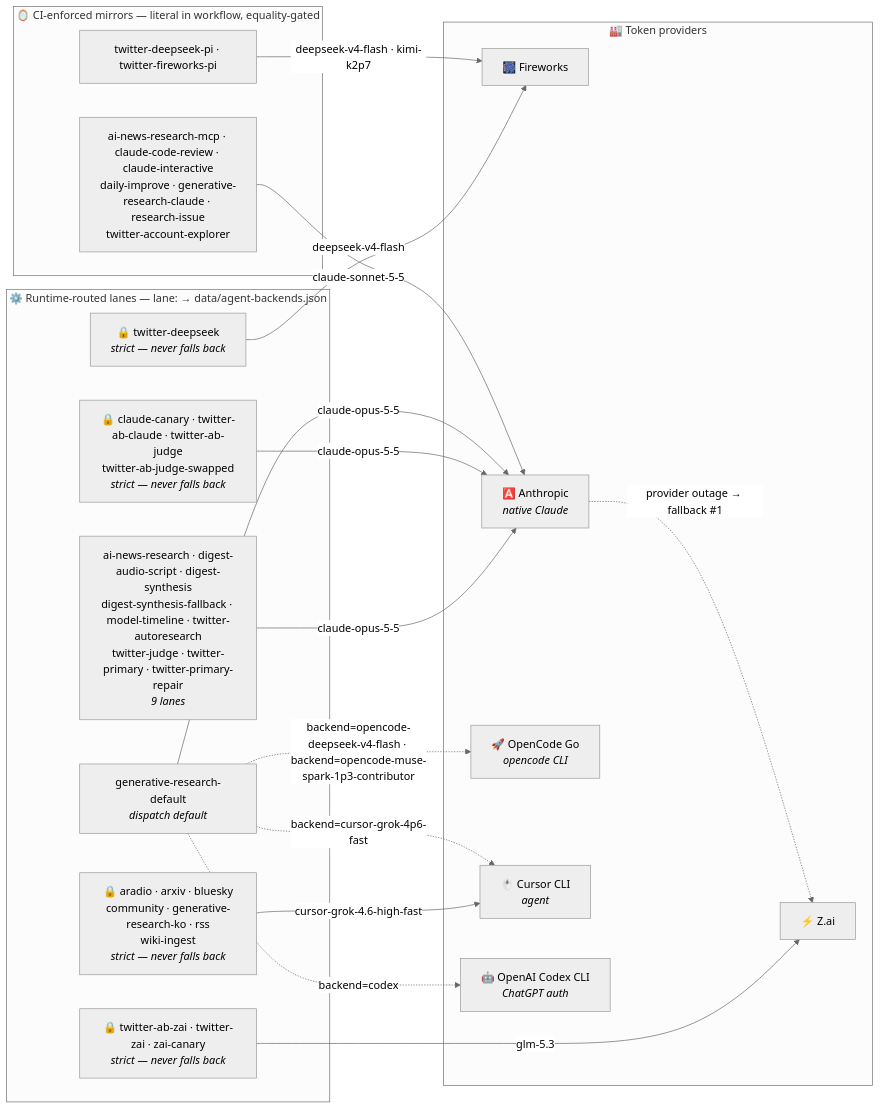
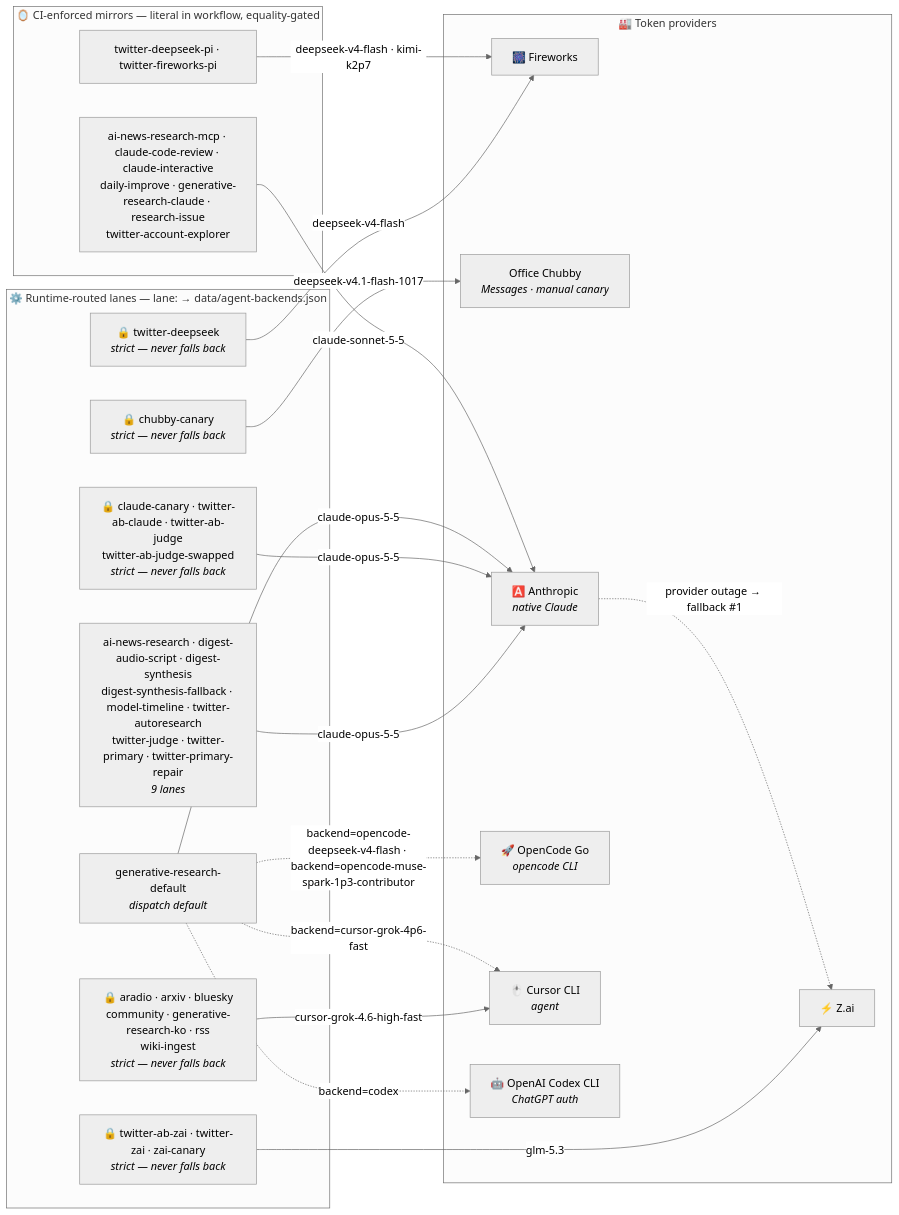
Before and after one commit to guzus/ai-research-arm: the second of 2 diagrams in README.md, drawn with Mermaid (neutral theme). The commit also changed 18 other files, not shown here.

First line of the commit message:
Add opt-in Chubby Messages backend with configurable endpoint (#6550)

````diff
--- a/README.md
+++ b/README.md
@@ -155,35 +155,38 @@
 ```mermaid
 flowchart LR
     subgraph runtime["⚙️ Runtime-routed lanes — lane: → data/agent-backends.json"]
         lanes0["ai-news-research · digest-audio-script · digest-synthesis<br/>digest-synthesis-fallback · model-timeline · twitter-autoresearch<br/>twitter-judge · twitter-primary · twitter-primary-repair<br/><i>9 lanes</i>"]
-        strict0["🔒 claude-canary · twitter-ab-claude · twitter-ab-judge<br/>twitter-ab-judge-swapped<br/><i>strict — never falls back</i>"]
-        strict1["🔒 aradio · arxiv · bluesky<br/>community · generative-research-ko · rss<br/>wiki-ingest<br/><i>strict — never falls back</i>"]
-        strict2["🔒 twitter-deepseek<br/><i>strict — never falls back</i>"]
-        strict3["🔒 twitter-ab-zai · twitter-zai · zai-canary<br/><i>strict — never falls back</i>"]
+        strict0["🔒 chubby-canary<br/><i>strict — never falls back</i>"]
+        strict1["🔒 claude-canary · twitter-ab-claude · twitter-ab-judge<br/>twitter-ab-judge-swapped<br/><i>strict — never falls back</i>"]
+        strict2["🔒 aradio · arxiv · bluesky<br/>community · generative-research-ko · rss<br/>wiki-ingest<br/><i>strict — never falls back</i>"]
+        strict3["🔒 twitter-deepseek<br/><i>strict — never falls back</i>"]
+        strict4["🔒 twitter-ab-zai · twitter-zai · zai-canary<br/><i>strict — never falls back</i>"]
         gendef["generative-research-default<br/><i>dispatch default</i>"]
     end
     subgraph mirrors["🪞 CI-enforced mirrors — literal in workflow, equality-gated"]
         pi["twitter-deepseek-pi · twitter-fireworks-pi"]
         native["ai-news-research-mcp · claude-code-review · claude-interactive<br/>daily-improve · generative-research-claude · research-issue<br/>twitter-account-explorer"]
     end
     subgraph providers["🏭 Token providers"]
         FW["🎆 Fireworks"]
+        CHUB["Office Chubby<br/><i>Messages · manual canary</i>"]
         ZAI["⚡ Z.ai"]
         ANT["🅰️ Anthropic<br/><i>native Claude</i>"]
         OC["🚀 OpenCode Go<br/><i>opencode CLI</i>"]
         CUR["🖱️ Cursor CLI<br/><i>agent</i>"]
         OAI["🤖 OpenAI Codex CLI<br/><i>ChatGPT auth</i>"]
     end
     lanes0 -->|"claude-opus-5-5"| ANT
-    strict0 -->|"claude-opus-5-5"| ANT
-    strict1 -->|"cursor-grok-4.6-high-fast"| CUR
-    strict2 -->|"deepseek-v4-flash"| FW
-    strict3 -->|"glm-5.3"| ZAI
+    strict0 -->|"deepseek-v4.1-flash-1017"| CHUB
+    strict1 -->|"claude-opus-5-5"| ANT
+    strict2 -->|"cursor-grok-4.6-high-fast"| CUR
+    strict3 -->|"deepseek-v4-flash"| FW
+    strict4 -->|"glm-5.3"| ZAI
     gendef -->|"claude-opus-5-5"| ANT
     pi -->|"deepseek-v4-flash · kimi-k2p7"| FW
     native -->|"claude-sonnet-5-5"| ANT
     gendef -.->|"backend=codex"| OAI
     gendef -.->|"backend=opencode-deepseek-v4-flash · backend=opencode-muse-spark-1p3-contributor"| OC
     gendef -.->|"backend=cursor-grok-4p6-fast"| CUR
     ANT -. "provider outage → fallback #1" .-> ZAI
 ```
````
